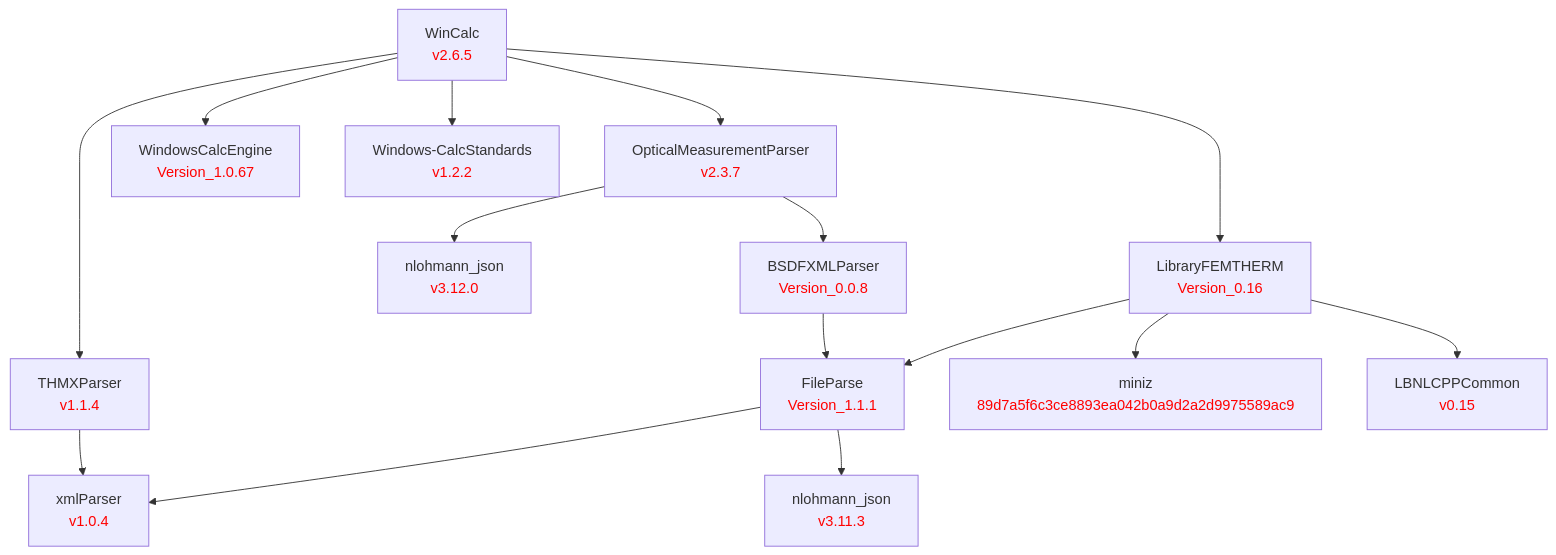
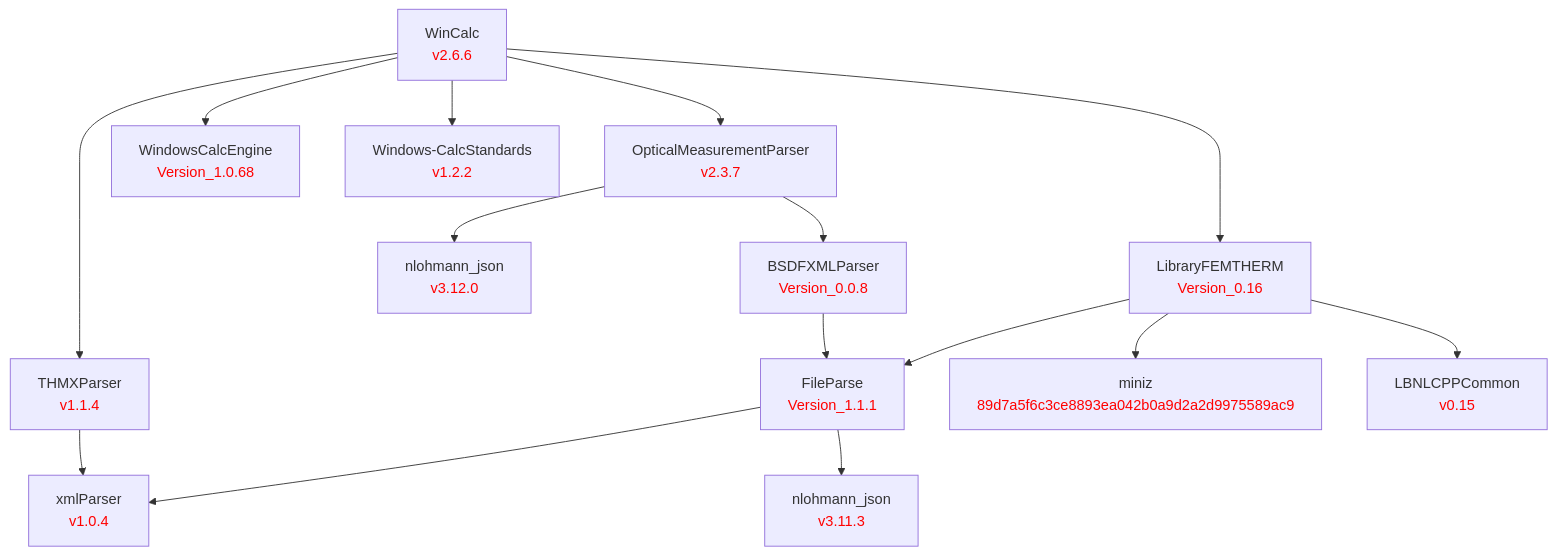
The diagram in doc/WinCalc.md (LBNL-ETA/WinCalc), drawn with Mermaid before and after one commit.

Commit message:
Update dependency diagram versions

````diff
--- a/doc/WinCalc.md
+++ b/doc/WinCalc.md
@@ -1,49 +1,49 @@
 ```mermaid
 graph TD
     %% Level 0
-    WinCalc[WinCalc<br/><font color='red'>v2.6.5</font>]
+    WinCalc[WinCalc<br/><font color='red'>v2.6.6</font>]
 
     %% Level 1 - direct dependencies
     OpticalMeasurementParser[OpticalMeasurementParser<br/><font color='red'>v2.3.7</font>]
     THMXParser[THMXParser<br/><font color='red'>v1.1.4</font>]
-    WindowsCalcEngine[WindowsCalcEngine<br/><font color='red'>Version_1.0.67</font>]
+    WindowsCalcEngine[WindowsCalcEngine<br/><font color='red'>Version_1.0.68</font>]
     Windows-CalcStandards[Windows-CalcStandards<br/><font color='red'>v1.2.2</font>]
     LibraryFEMTHERM[LibraryFEMTHERM<br/><font color='red'>Version_0.16</font>]
 
     %% Level 2
     nlohmann_omp[nlohmann_json<br/><font color='red'>v3.12.0</font>]
     BSDFXMLParser[BSDFXMLParser<br/><font color='red'>Version_0.0.8</font>]
     FileParse[FileParse<br/><font color='red'>Version_1.1.1</font>]
     miniz[miniz<br/><font color='red'>89d7a5f6c3ce8893ea042b0a9d2a2d9975589ac9</font>]
     LBNLCPPCommon[LBNLCPPCommon<br/><font color='red'>v0.15</font>]
 
     %% Level 3
     xmlParser[xmlParser<br/><font color='red'>v1.0.4</font>]
     nlohmann_fp[nlohmann_json<br/><font color='red'>v3.11.3</font>]
 
     %% WinCalc dependencies
     WinCalc --> OpticalMeasurementParser
     WinCalc --> THMXParser
     WinCalc --> WindowsCalcEngine
     WinCalc --> Windows-CalcStandards
     WinCalc --> LibraryFEMTHERM
 
     %% OpticalMeasurementParser dependencies
     OpticalMeasurementParser --> nlohmann_omp
     OpticalMeasurementParser --> BSDFXMLParser
 
     %% LibraryFEMTHERM dependencies
     LibraryFEMTHERM --> FileParse
     LibraryFEMTHERM --> miniz
     LibraryFEMTHERM --> LBNLCPPCommon
 
     %% BSDFXMLParser dependencies
     BSDFXMLParser --> FileParse
 
     %% FileParse dependencies
     FileParse --> xmlParser
     FileParse --> nlohmann_fp
 
     %% THMXParser dependencies
     THMXParser --> xmlParser
 ```
````
